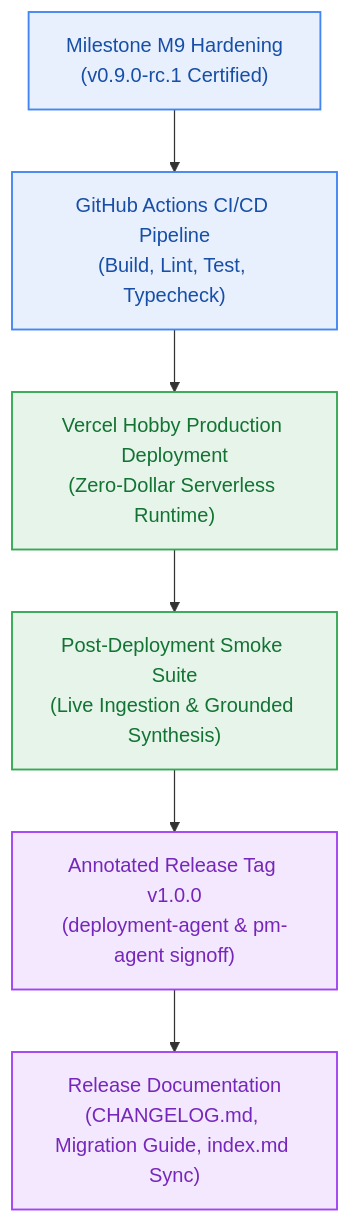
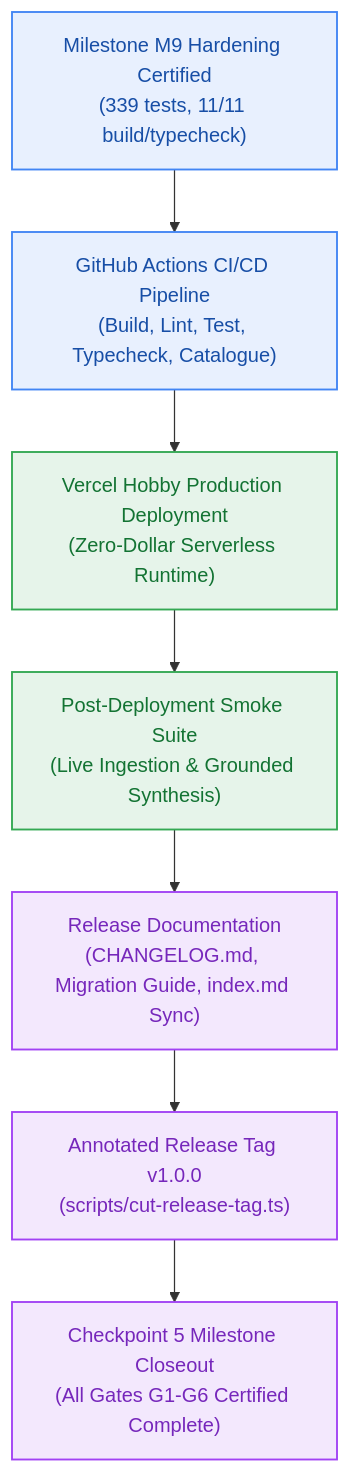
The diagram in _documentation/planning/milestones/ga-production-release/milestone.md (Glitch-guy0/Contextual), drawn with Mermaid before and after one commit. The commit also changed other lines of this file and 35 other files, not shown here.

First line of the commit message:
feat(release): implement milestone ga v1.0.0, ci/cd pipeline, and local docker infra

````diff
--- a/_documentation/planning/milestones/ga-production-release/milestone.md
+++ b/_documentation/planning/milestones/ga-production-release/milestone.md
@@ -29,16 +34,17 @@
 ```mermaid
 graph TD
-    M9["Milestone M9 Hardening<br/>(v0.9.0-rc.1 Certified)"] --> CI["GitHub Actions CI/CD Pipeline<br/>(Build, Lint, Test, Typecheck)"]
+    M9["Milestone M9 Hardening Certified<br/>(339 tests, 11/11 build/typecheck)"] --> CI["GitHub Actions CI/CD Pipeline<br/>(Build, Lint, Test, Typecheck, Catalogue)"]
     CI --> DEPLOY["Vercel Hobby Production Deployment<br/>(Zero-Dollar Serverless Runtime)"]
     DEPLOY --> SMOKE["Post-Deployment Smoke Suite<br/>(Live Ingestion & Grounded Synthesis)"]
-    SMOKE --> TAG["Annotated Release Tag v1.0.0<br/>(deployment-agent & pm-agent signoff)"]
-    TAG --> DOCS["Release Documentation<br/>(CHANGELOG.md, Migration Guide, index.md Sync)"]
+    SMOKE --> DOCS["Release Documentation<br/>(CHANGELOG.md, Migration Guide, index.md Sync)"]
+    DOCS --> TAG["Annotated Release Tag v1.0.0<br/>(scripts/cut-release-tag.ts)"]
+    TAG --> CP5["Checkpoint 5 Milestone Closeout<br/>(All Gates G1-G6 Certified Complete)"]
 
     classDef blue fill:#E8F0FE,stroke:#4285F4,stroke-width:1.5px,color:#174EA6;
     classDef green fill:#E6F4EA,stroke:#34A853,stroke-width:1.5px,color:#137333;
     classDef purple fill:#F3E8FD,stroke:#A142F4,stroke-width:1.5px,color:#7627BB;
 
     class M9,CI blue;
     class DEPLOY,SMOKE green;
-    class TAG,DOCS purple;
+    class DOCS,TAG,CP5 purple;
 ```
````
